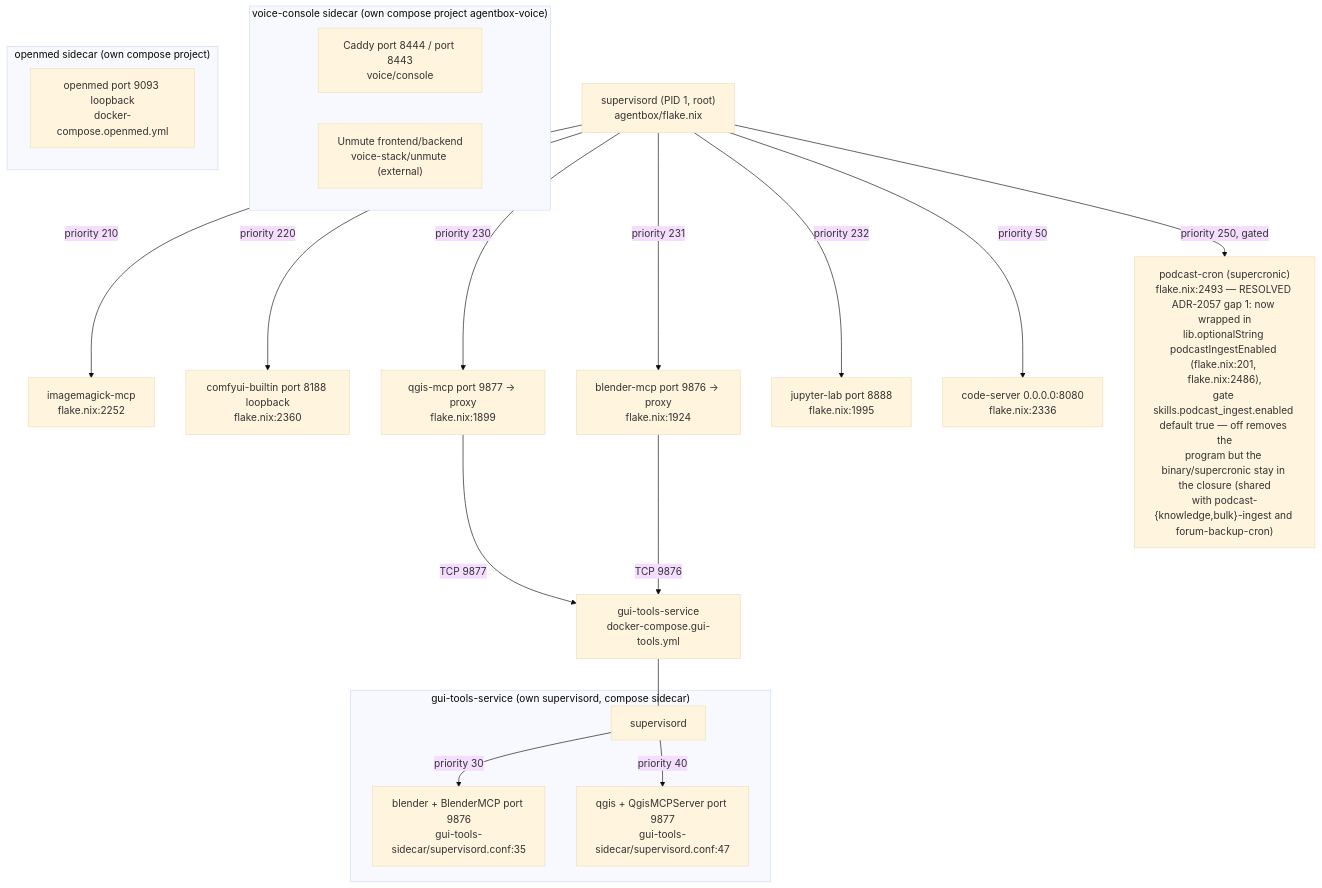
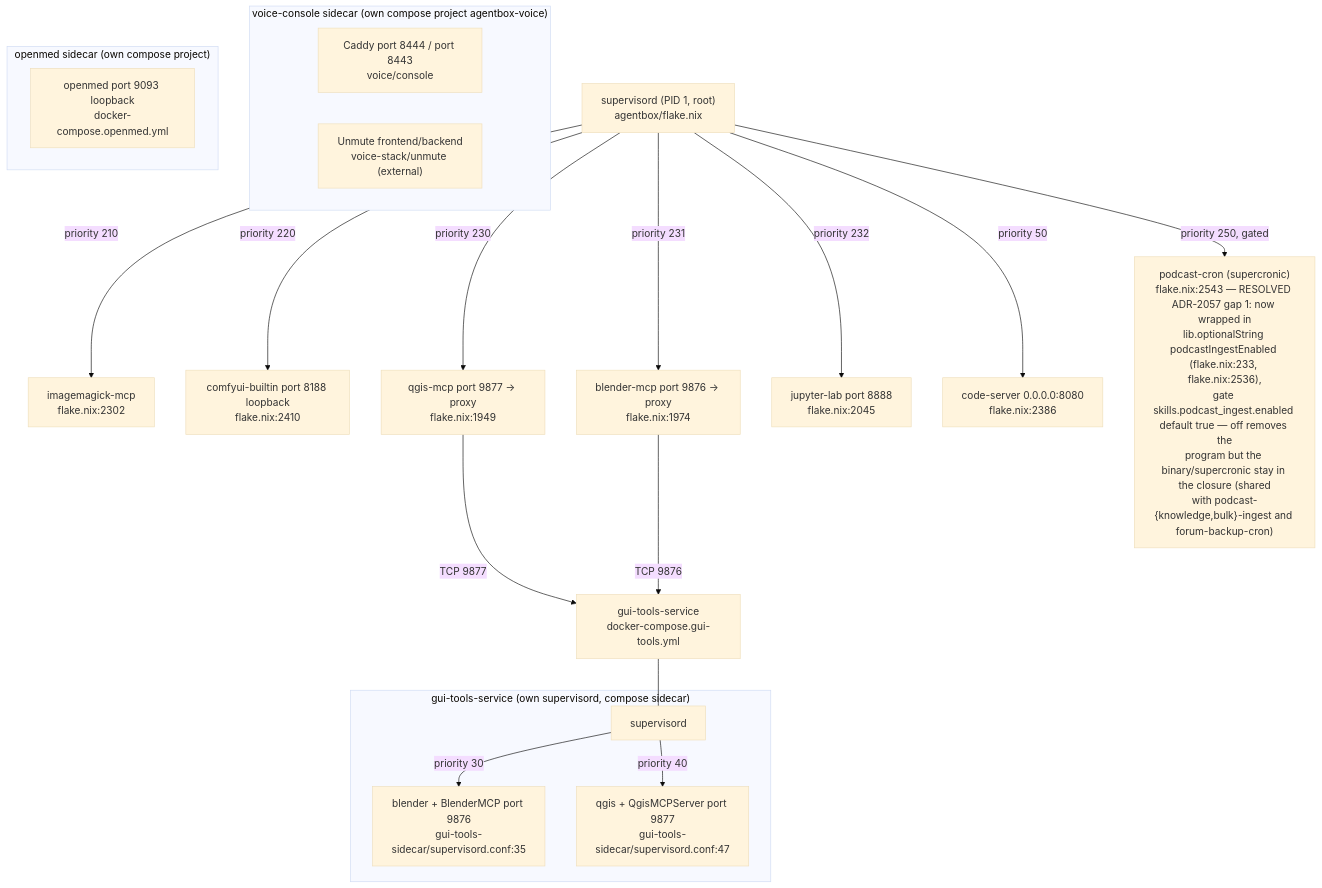
Before and after one commit to DreamLab-AI/VisionFlow: the tenth of 13 diagrams in docs/diagrams/agentbox/27-media-gpu-capability-services.md, drawn with Mermaid (base theme). The commit also changed other lines of this file and 136 other files, not shown here.

First line of the commit message:
docs(diagrams): refresh the whole corpus to code HEAD and prune low-value diagrams

````diff
--- a/docs/diagrams/agentbox/27-media-gpu-capability-services.md
+++ b/docs/diagrams/agentbox/27-media-gpu-capability-services.md
@@ -312,30 +317,30 @@
 ```mermaid
 flowchart TB
     SUP["supervisord (PID 1, root)<br/>agentbox/flake.nix"]
-    SUP -->|priority 210| IM["imagemagick-mcp<br/>flake.nix:2252"]
-    SUP -->|priority 220| CB["comfyui-builtin port 8188 loopback<br/>flake.nix:2360"]
-    SUP -->|priority 230| QM["qgis-mcp port 9877 -> proxy<br/>flake.nix:1899"]
-    SUP -->|priority 231| BM["blender-mcp port 9876 -> proxy<br/>flake.nix:1924"]
-    SUP -->|priority 232| JL["jupyter-lab port 8888<br/>flake.nix:1995"]
-    SUP -->|priority 50| CS["code-server 0.0.0.0:8080<br/>flake.nix:2336"]
-    SUP -->|priority 250, gated| PC["podcast-cron (supercronic)<br/>flake.nix:2493 — RESOLVED ADR-2057 gap 1: now wrapped in<br/>lib.optionalString podcastIngestEnabled (flake.nix:201, flake.nix:2486),<br/>gate skills.podcast_ingest.enabled default true — off removes the<br/>program but the binary/supercronic stay in the closure (shared<br/>with podcast-{knowledge,bulk}-ingest and forum-backup-cron)"]
+    SUP -->|priority 210| IM["imagemagick-mcp<br/>flake.nix:2302"]
+    SUP -->|priority 220| CB["comfyui-builtin port 8188 loopback<br/>flake.nix:2410"]
+    SUP -->|priority 230| QM["qgis-mcp port 9877 -> proxy<br/>flake.nix:1949"]
+    SUP -->|priority 231| BM["blender-mcp port 9876 -> proxy<br/>flake.nix:1974"]
+    SUP -->|priority 232| JL["jupyter-lab port 8888<br/>flake.nix:2045"]
+    SUP -->|priority 50| CS["code-server 0.0.0.0:8080<br/>flake.nix:2386"]
+    SUP -->|priority 250, gated| PC["podcast-cron (supercronic)<br/>flake.nix:2543 — RESOLVED ADR-2057 gap 1: now wrapped in<br/>lib.optionalString podcastIngestEnabled (flake.nix:233, flake.nix:2536),<br/>gate skills.podcast_ingest.enabled default true — off removes the<br/>program but the binary/supercronic stay in the closure (shared<br/>with podcast-{knowledge,bulk}-ingest and forum-backup-cron)"]
 
     QM -->|TCP 9877| GTS["gui-tools-service<br/>docker-compose.gui-tools.yml"]
     BM -->|TCP 9876| GTS
 
     subgraph sidecar["gui-tools-service (own supervisord, compose sidecar)"]
         GSUP["supervisord"]
         GSUP -->|priority 30| GB["blender + BlenderMCP port 9876<br/>gui-tools-sidecar/supervisord.conf:35"]
         GSUP -->|priority 40| GQ["qgis + QgisMCPServer port 9877<br/>gui-tools-sidecar/supervisord.conf:47"]
     end
     GTS --- GSUP
 
     subgraph voicesc["voice-console sidecar (own compose project agentbox-voice)"]
         CADDY["Caddy port 8444 / port 8443<br/>voice/console"]
         UNMUTE["Unmute frontend/backend<br/>voice-stack/unmute (external)"]
     end
 
     subgraph openmedsc["openmed sidecar (own compose project)"]
         OM["openmed port 9093 loopback<br/>docker-compose.openmed.yml"]
     end
 ```
````
